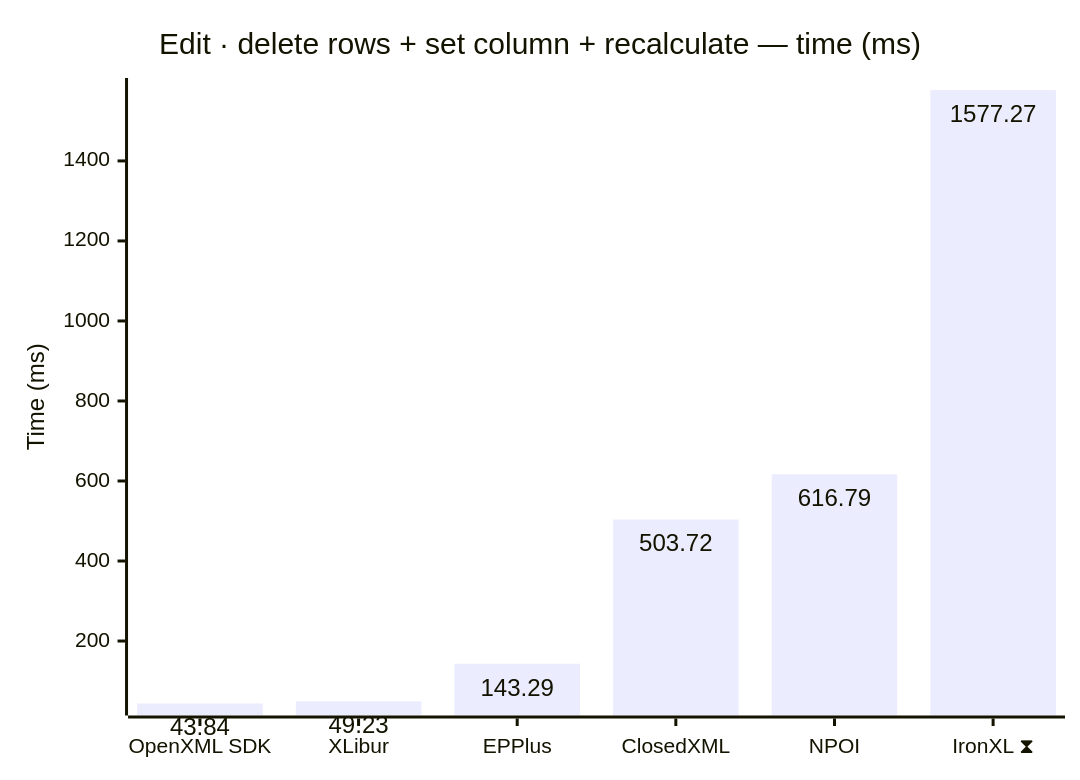
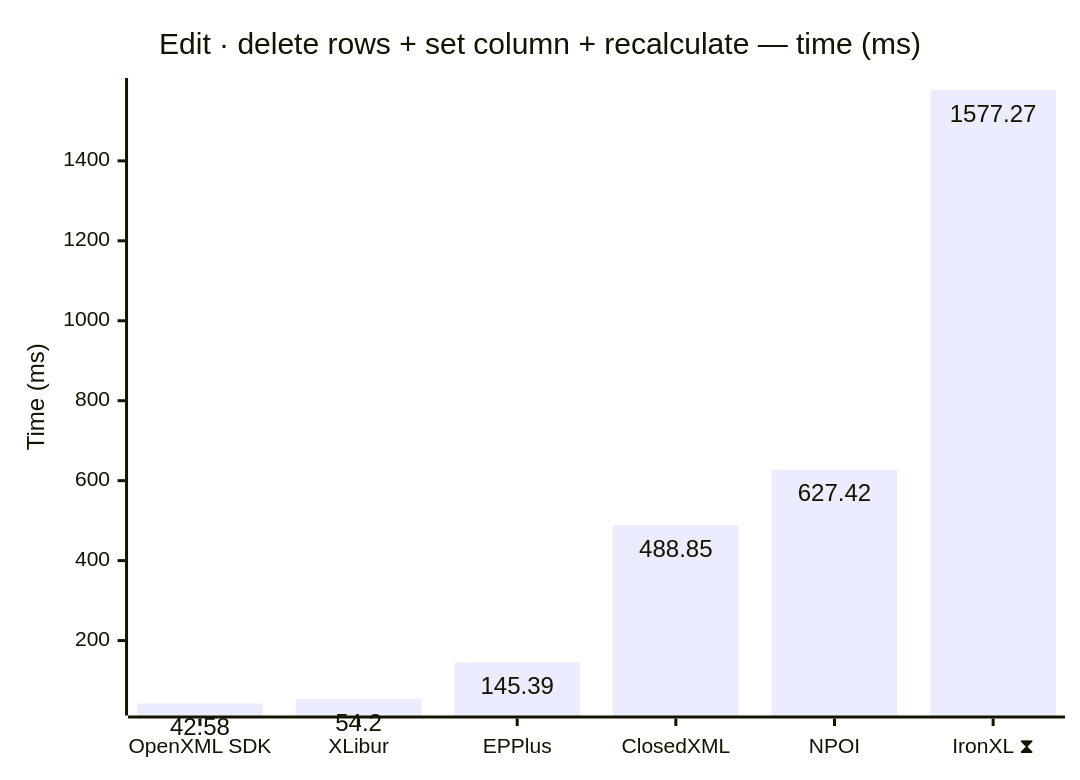
The ninth of 12 diagrams in docs/results-ci.md (jafin/XLBench), drawn with Mermaid before and after one commit. The commit also changed other lines of this file, not shown here.

````diff
--- a/docs/results-ci.md
+++ b/docs/results-ci.md
@@ -145,12 +145,12 @@
 ```mermaid
 ---
 config:
   xyChart:
     showDataLabel: true
 ---
 xychart-beta
     title "Edit · delete rows + set column + recalculate — time (ms)"
     x-axis ["OpenXML SDK", "XLibur", "EPPlus", "ClosedXML", "NPOI", "IronXL ⧗"]
     y-axis "Time (ms)"
-    bar [43.84, 49.23, 143.29, 503.72, 616.79, 1577.27]
+    bar [42.58, 54.2, 145.39, 488.85, 627.42, 1577.27]
 ```
````
